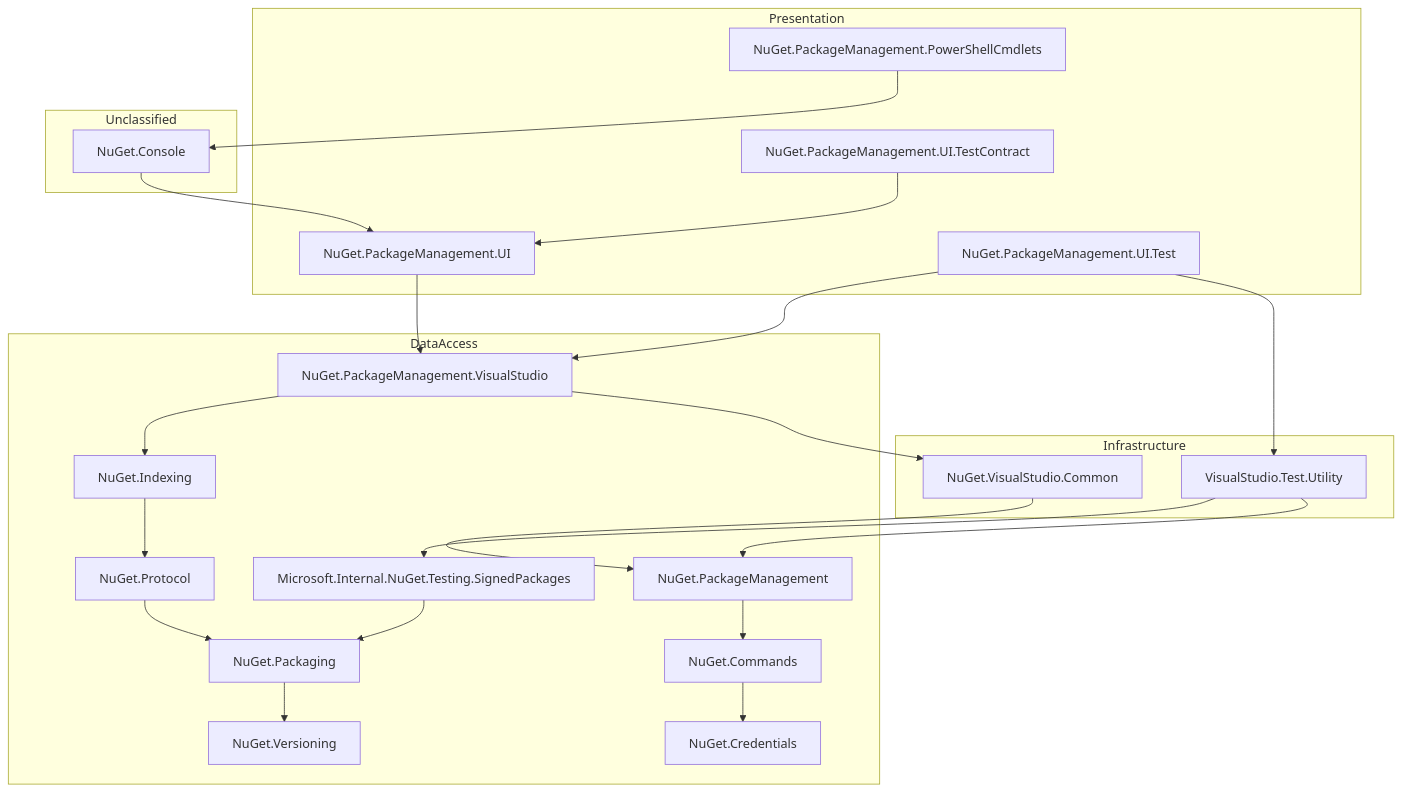
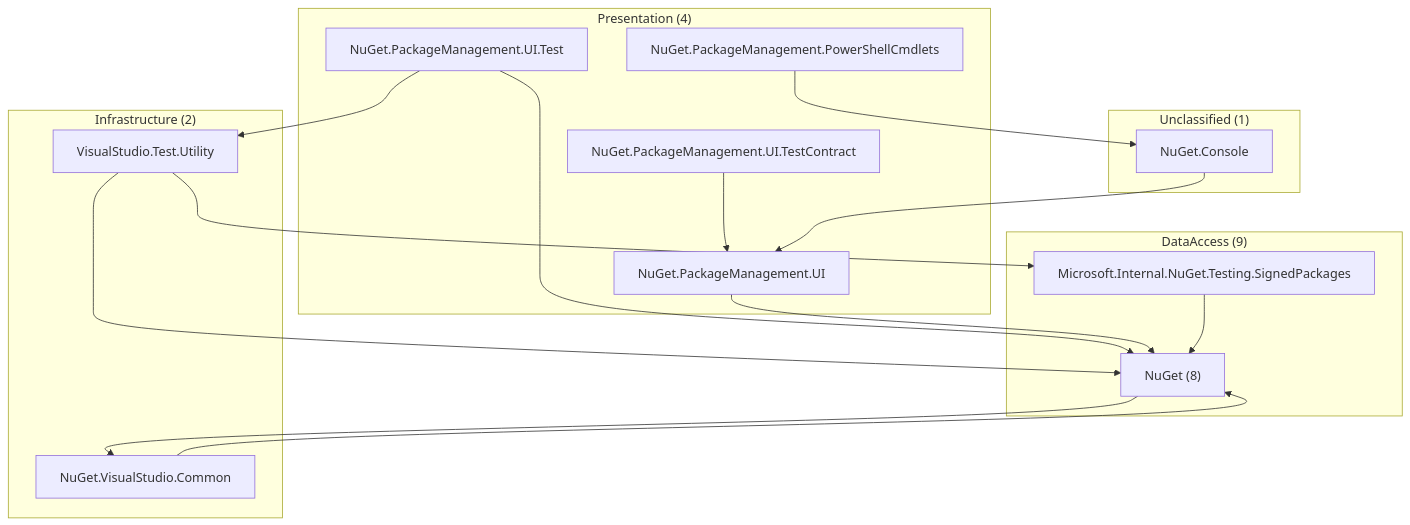
One commit to GanizaniSitara/tools-static-analysis changed the seventh of 7 diagrams in output-nuget/diagrams/all-diagrams.md. Above: the diagram before and after it, drawn with Mermaid. The commit also changed 60 other files, not shown here.

Commit message:
Regenerate all outputs with vertical grouped E2E flow diagrams

````diff
--- a/output-nuget/diagrams/all-diagrams.md
+++ b/output-nuget/diagrams/all-diagrams.md
@@ -549,44 +549,31 @@
 ```mermaid
 graph TD
-    subgraph sg_Presentation["Presentation"]
+    subgraph sg_Presentation["Presentation (4)"]
         NuGet_PackageManagement_PowerShellCmdlets["NuGet.PackageManagement.PowerShellCmdlets"]
         NuGet_PackageManagement_UI["NuGet.PackageManagement.UI"]
         NuGet_PackageManagement_UI_Test["NuGet.PackageManagement.UI.Test"]
         NuGet_PackageManagement_UI_TestContract["NuGet.PackageManagement.UI.TestContract"]
     end
-    subgraph sg_DataAccess["DataAccess"]
+    subgraph sg_DataAccess["DataAccess (9)"]
+        grp_NuGet["NuGet (8)"]
         Microsoft_Internal_NuGet_Testing_SignedPackages["Microsoft.Internal.NuGet.Testing.SignedPackages"]
-        NuGet_Commands["NuGet.Commands"]
-        NuGet_Credentials["NuGet.Credentials"]
-        NuGet_Indexing["NuGet.Indexing"]
-        NuGet_PackageManagement["NuGet.PackageManagement"]
-        NuGet_PackageManagement_VisualStudio["NuGet.PackageManagement.VisualStudio"]
-        NuGet_Packaging["NuGet.Packaging"]
-        NuGet_Protocol["NuGet.Protocol"]
-        NuGet_Versioning["NuGet.Versioning"]
     end
-    subgraph sg_Infrastructure["Infrastructure"]
+    subgraph sg_Infrastructure["Infrastructure (2)"]
         NuGet_VisualStudio_Common["NuGet.VisualStudio.Common"]
         VisualStudio_Test_Utility["VisualStudio.Test.Utility"]
     end
-    subgraph sg_Unclassified["Unclassified"]
+    subgraph sg_Unclassified["Unclassified (1)"]
         NuGet_Console["NuGet.Console"]
     end
-    NuGet_PackageManagement_UI_Test --> NuGet_PackageManagement_VisualStudio
-    NuGet_PackageManagement_UI --> NuGet_PackageManagement_VisualStudio
+    NuGet_PackageManagement_UI_Test --> grp_NuGet
+    NuGet_PackageManagement_UI --> grp_NuGet
     NuGet_PackageManagement_UI_Test --> VisualStudio_Test_Utility
     VisualStudio_Test_Utility --> Microsoft_Internal_NuGet_Testing_SignedPackages
-    VisualStudio_Test_Utility --> NuGet_PackageManagement
-    NuGet_PackageManagement_VisualStudio --> NuGet_Indexing
+    VisualStudio_Test_Utility --> grp_NuGet
     NuGet_PackageManagement_UI_TestContract --> NuGet_PackageManagement_UI
-    Microsoft_Internal_NuGet_Testing_SignedPackages --> NuGet_Packaging
-    NuGet_PackageManagement --> NuGet_Commands
-    NuGet_PackageManagement_VisualStudio --> NuGet_VisualStudio_Common
-    NuGet_VisualStudio_Common --> NuGet_PackageManagement
+    Microsoft_Internal_NuGet_Testing_SignedPackages --> grp_NuGet
+    grp_NuGet --> NuGet_VisualStudio_Common
+    NuGet_VisualStudio_Common --> grp_NuGet
     NuGet_PackageManagement_PowerShellCmdlets --> NuGet_Console
     NuGet_Console --> NuGet_PackageManagement_UI
-    NuGet_Indexing --> NuGet_Protocol
-    NuGet_Packaging --> NuGet_Versioning
-    NuGet_Commands --> NuGet_Credentials
-    NuGet_Protocol --> NuGet_Packaging
 ```
````
